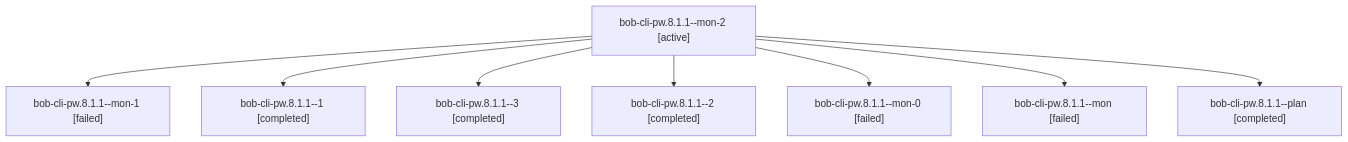
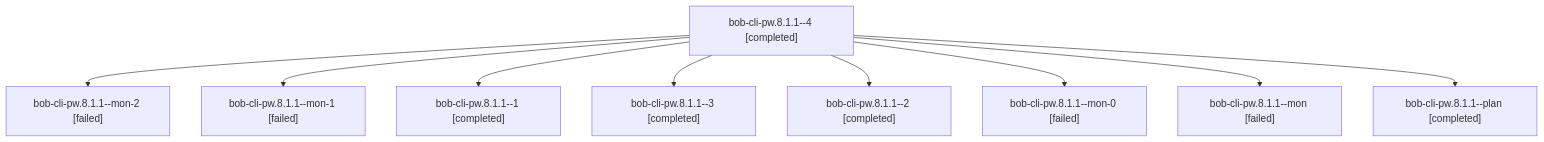
The diagram in sessions/bbugyi200.apollo.bob-cli-pw.8.1.1.md (bobs-org/bob-cli--agents), drawn with Mermaid before and after one commit. The commit also changed other lines of this file and 89 other files, not shown here.

````diff
--- a/sessions/bbugyi200.apollo.bob-cli-pw.8.1.1.md
+++ b/sessions/bbugyi200.apollo.bob-cli-pw.8.1.1.md
@@ -9,18 +9,20 @@
 ```mermaid
 flowchart TD
-  n0["bob-cli-pw.8.1.1--mon-2 [active]"]
-  n1["bob-cli-pw.8.1.1--mon-1 [failed]"]
+  n0["bob-cli-pw.8.1.1--4 [completed]"]
+  n1["bob-cli-pw.8.1.1--mon-2 [failed]"]
   n0 --> n1
-  n2["bob-cli-pw.8.1.1--1 [completed]"]
+  n2["bob-cli-pw.8.1.1--mon-1 [failed]"]
   n0 --> n2
-  n3["bob-cli-pw.8.1.1--3 [completed]"]
+  n3["bob-cli-pw.8.1.1--1 [completed]"]
   n0 --> n3
-  n4["bob-cli-pw.8.1.1--2 [completed]"]
+  n4["bob-cli-pw.8.1.1--3 [completed]"]
   n0 --> n4
-  n5["bob-cli-pw.8.1.1--mon-0 [failed]"]
+  n5["bob-cli-pw.8.1.1--2 [completed]"]
   n0 --> n5
-  n6["bob-cli-pw.8.1.1--mon [failed]"]
+  n6["bob-cli-pw.8.1.1--mon-0 [failed]"]
   n0 --> n6
-  n7["bob-cli-pw.8.1.1--plan [completed]"]
+  n7["bob-cli-pw.8.1.1--mon [failed]"]
   n0 --> n7
+  n8["bob-cli-pw.8.1.1--plan [completed]"]
+  n0 --> n8
 ```
````
